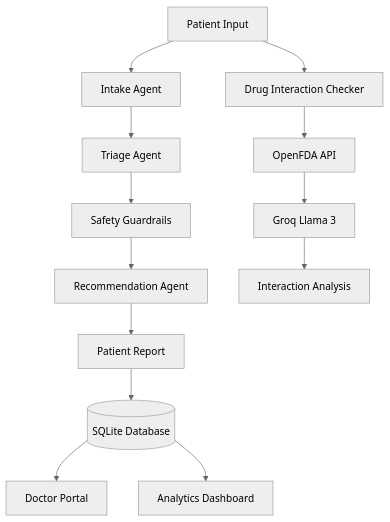
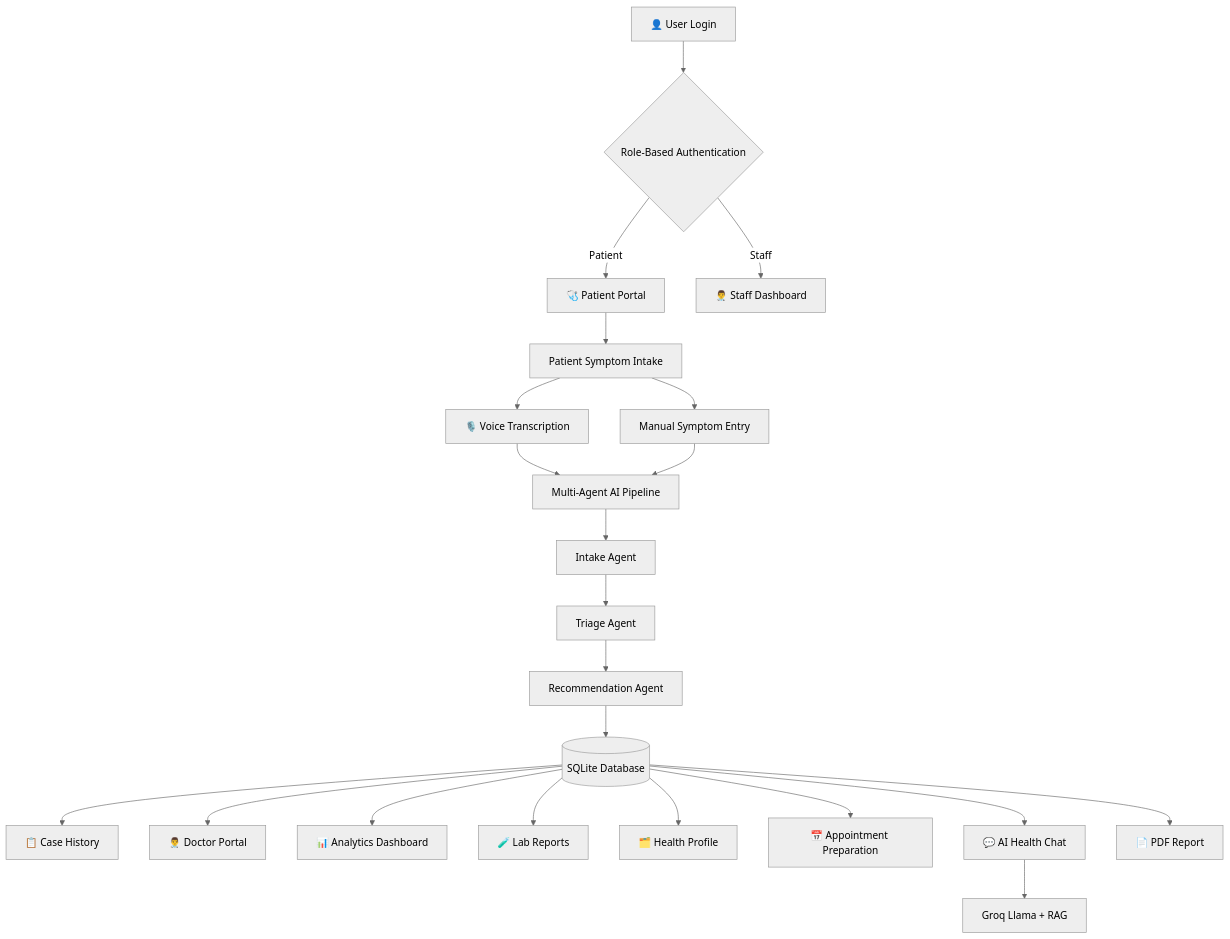
Before and after one commit to Aarya0706/mediagent-ai: the diagram in README.md, drawn with Mermaid (neutral theme). The commit also changed other lines of this file and 26 other files, not shown here.

````diff
--- a/README.md
+++ b/README.md
@@ -140,27 +144,34 @@
 ```mermaid
 flowchart TD
 
-A[Patient Input] --> B[Intake Agent]
+A[👤 User Login] --> B{Role-Based Authentication}
 
-B --> C[Triage Agent]
+B -->|Patient| C[🩺 Patient Portal]
+B -->|Staff| D[👨‍⚕️ Staff Dashboard]
 
-C --> D[Safety Guardrails]
+C --> E[Patient Symptom Intake]
 
-D --> E[Recommendation Agent]
+E --> F[🎙️ Voice Transcription]
+E --> G[Manual Symptom Entry]
 
-E --> F[Patient Report]
+F --> H[Multi-Agent AI Pipeline]
+G --> H
 
-F --> G[(SQLite Database)]
+H --> I[Intake Agent]
+I --> J[Triage Agent]
+J --> K[Recommendation Agent]
 
-G --> H[Doctor Portal]
+K --> L[(SQLite Database)]
 
-G --> I[Analytics Dashboard]
+L --> M[📋 Case History]
+L --> N[👨‍⚕️ Doctor Portal]
+L --> O[📊 Analytics Dashboard]
+L --> P[🧪 Lab Reports]
+L --> Q[🗂️ Health Profile]
+L --> R[📅 Appointment Preparation]
+L --> S[💬 AI Health Chat]
 
-A --> J[Drug Interaction Checker]
+S --> T[Groq Llama + RAG]
 
-J --> K[OpenFDA API]
-
-K --> L[Groq Llama 3]
-
-L --> M[Interaction Analysis]
+L --> U[📄 PDF Report]
 ```
````
